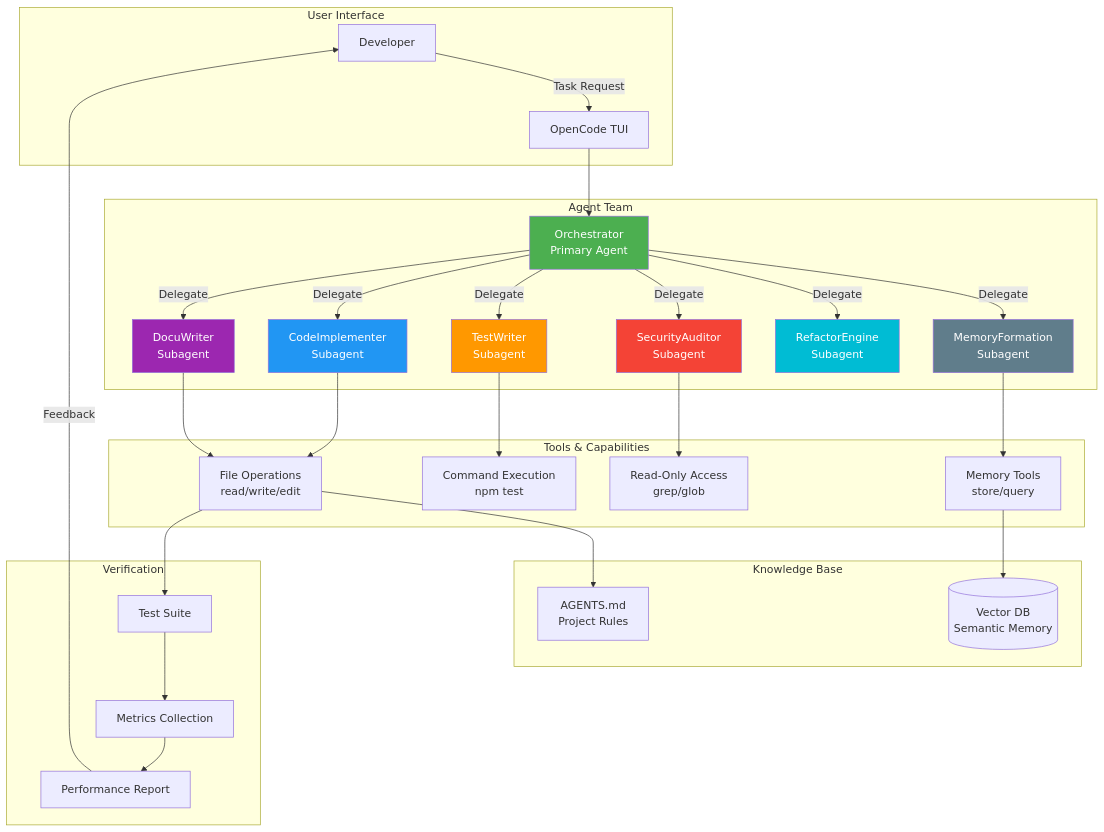
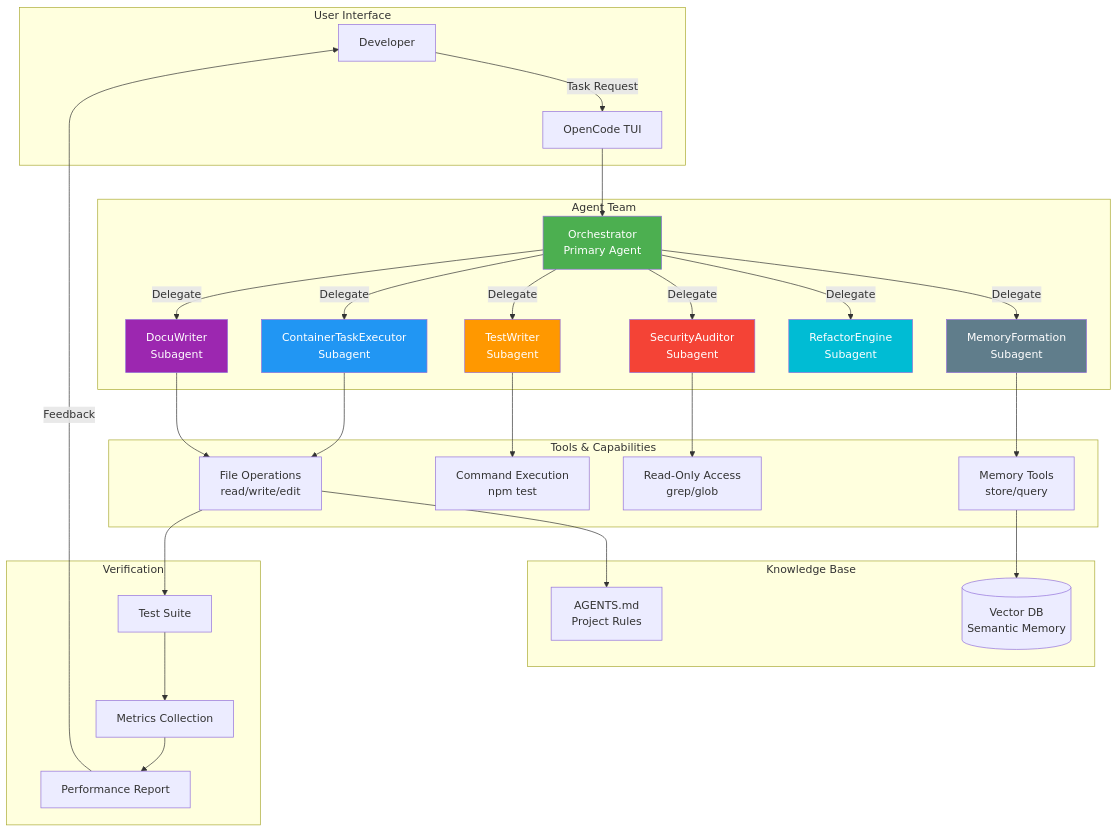
Before and after one commit to rothnic/opencode-agents: the diagram in docs/diagrams/system-overview.mmd, drawn with Mermaid. The commit also changed 22 other files, not shown here.

```diff
--- a/docs/diagrams/system-overview.mmd
+++ b/docs/diagrams/system-overview.mmd
@@ -1,44 +1,44 @@
 flowchart TB
     subgraph "User Interface"
         User[Developer] -->|Task Request| TUI[OpenCode TUI]
     end
     
     subgraph "Agent Team"
         TUI --> Orch[Orchestrator<br/>Primary Agent]
         
-        Orch -->|Delegate| Code[CodeImplementer<br/>Subagent]
+        Orch -->|Delegate| Code[ContainerTaskExecutor<br/>Subagent]
         Orch -->|Delegate| Test[TestWriter<br/>Subagent]
         Orch -->|Delegate| Doc[DocuWriter<br/>Subagent]
         Orch -->|Delegate| Sec[SecurityAuditor<br/>Subagent]
         Orch -->|Delegate| Ref[RefactorEngine<br/>Subagent]
         Orch -->|Delegate| Mem[MemoryFormation<br/>Subagent]
     end
     
     subgraph "Tools & Capabilities"
         Code --> FileOps[File Operations<br/>read/write/edit]
         Test --> Bash[Command Execution<br/>npm test]
         Doc --> FileOps
         Sec --> ReadOnly[Read-Only Access<br/>grep/glob]
         Mem --> Memory[Memory Tools<br/>store/query]
     end
     
     subgraph "Knowledge Base"
         FileOps --> Agents[AGENTS.md<br/>Project Rules]
         Memory --> DB[(Vector DB<br/>Semantic Memory)]
     end
     
     subgraph "Verification"
         FileOps --> Tests[Test Suite]
         Tests --> Metrics[Metrics Collection]
         Metrics --> Report[Performance Report]
     end
     
     Report -->|Feedback| User
     
     style Orch fill:#4CAF50,color:#fff
     style Code fill:#2196F3,color:#fff
     style Test fill:#FF9800,color:#fff
     style Doc fill:#9C27B0,color:#fff
     style Sec fill:#F44336,color:#fff
     style Ref fill:#00BCD4,color:#fff
     style Mem fill:#607D8B,color:#fff
```
